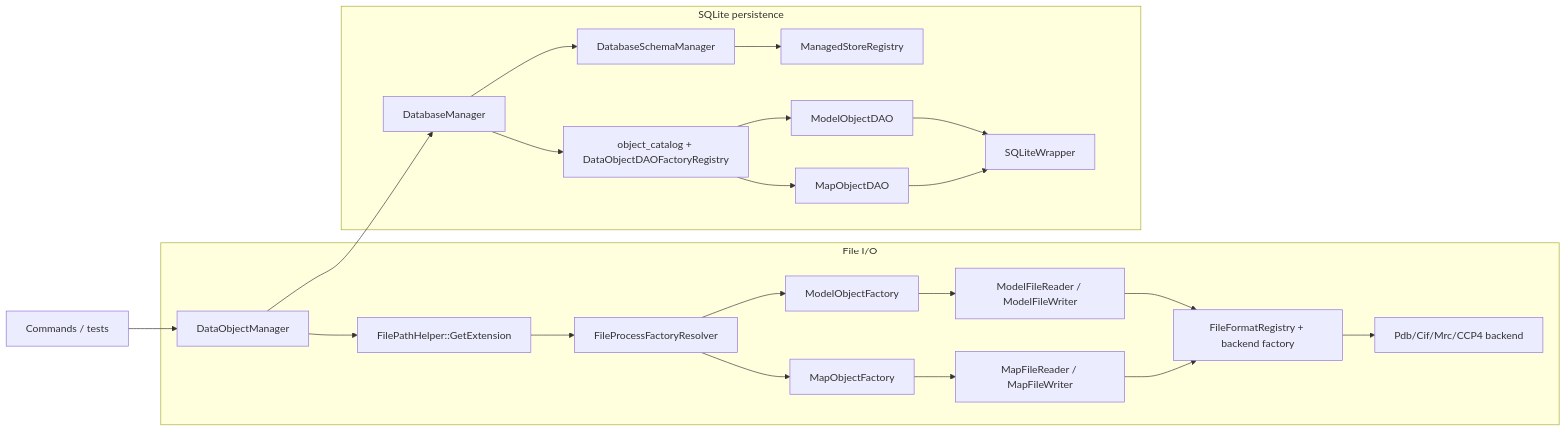
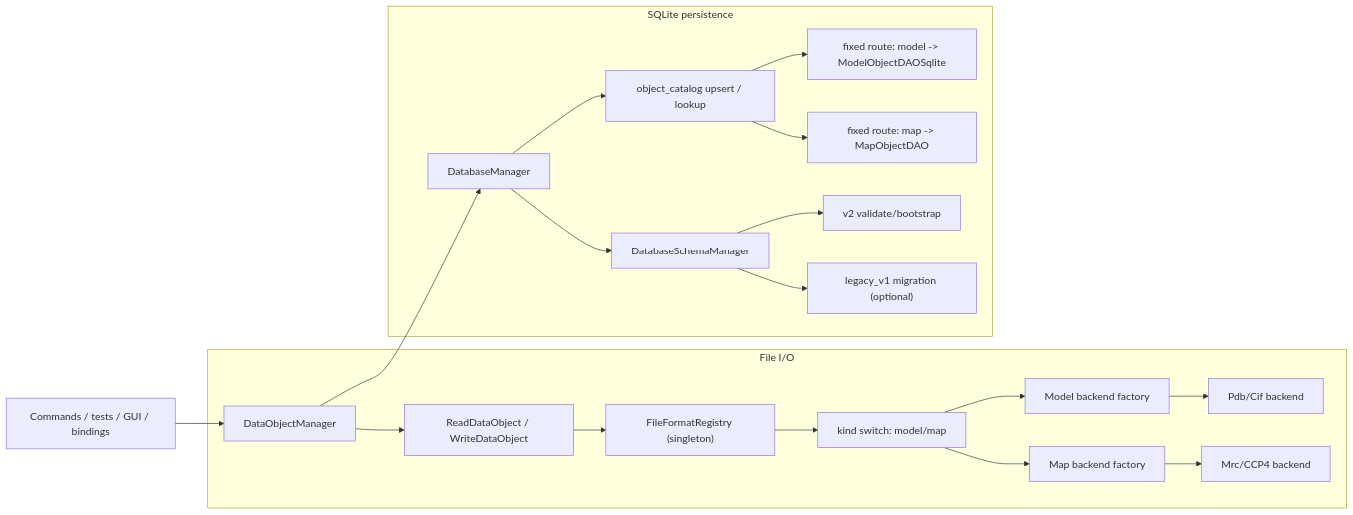
Before and after one commit to yslianTim/rhbm_gem: the diagram in docs/developer/architecture/dataobject-io-architecture.md, drawn with Mermaid. The commit also changed other lines of this file and 98 other files, not shown here.

````diff
--- a/docs/developer/architecture/dataobject-io-architecture.md
+++ b/docs/developer/architecture/dataobject-io-architecture.md
@@ -42,27 +35,24 @@
 ```mermaid
 flowchart LR
-    A["Commands / tests"] --> B["DataObjectManager"]
+    A["Commands / tests / GUI / bindings"] --> B["DataObjectManager"]
 
     subgraph F["File I/O"]
-        B --> C["FilePathHelper::GetExtension"]
-        C --> D["FileProcessFactoryResolver"]
-        D --> E["ModelObjectFactory"]
-        D --> F2["MapObjectFactory"]
-        E --> G["ModelFileReader / ModelFileWriter"]
-        F2 --> H["MapFileReader / MapFileWriter"]
-        G --> I["FileFormatRegistry + backend factory"]
-        H --> I
-        I --> J["Pdb/Cif/Mrc/CCP4 backend"]
+      B --> C["ReadDataObject / WriteDataObject"]
+      C --> D["FileFormatRegistry (singleton)"]
+      D --> E["kind switch: model/map"]
+      E --> F1["Model backend factory"]
+      E --> F2["Map backend factory"]
+      F1 --> G1["Pdb/Cif backend"]
+      F2 --> G2["Mrc/CCP4 backend"]
     end
 
     subgraph P["SQLite persistence"]
-        B --> L["DatabaseManager"]
-        L --> M["DatabaseSchemaManager"]
-        M --> M2["ManagedStoreRegistry"]
-        L --> N["object_catalog + DataObjectDAOFactoryRegistry"]
-        N --> O["ModelObjectDAO"]
-        N --> P2["MapObjectDAO"]
-        O --> R["SQLiteWrapper"]
-        P2 --> R
+      B --> H["DatabaseManager"]
+      H --> I["object_catalog upsert / lookup"]
+      I --> J["fixed route: model -> ModelObjectDAOSqlite"]
+      I --> K["fixed route: map -> MapObjectDAO"]
+      H --> L["DatabaseSchemaManager"]
+      L --> M["v2 validate/bootstrap"]
+      L --> N["legacy_v1 migration (optional)"]
     end
 ```
````
